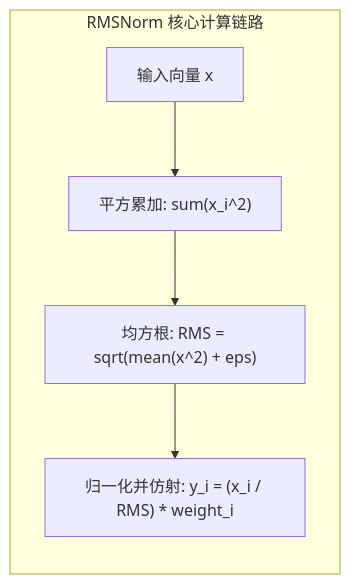
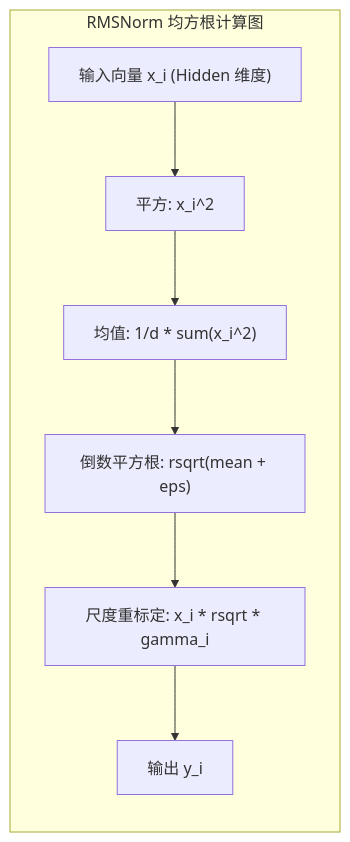
The first of 2 diagrams in cuda/lesson04_rmsnorm.qmd (hsthanb4/hpclearning), drawn with Mermaid before and after one commit. The commit also changed other lines of this file and 89 other files, not shown here.

Commit message:
style(docs): relocate images and diagrams adjacent to their textual references across all lessons

````diff
--- a/cuda/lesson04_rmsnorm.qmd
+++ b/cuda/lesson04_rmsnorm.qmd
@@ -30,9 +34,10 @@
 ```{mermaid}
 flowchart LR
-    subgraph RMSNormMath["RMSNorm 核心计算链路"]
-        direction TB
-        X["输入向量 x"] --> Square["平方累加: sum(x_i^2)"]
-        Square --> Mean["均方根: RMS = sqrt(mean(x^2) + eps)"]
-        Mean --> Scale["归一化并仿射: y_i = (x_i / RMS) * weight_i"]
+    subgraph RMSNorm_Math["RMSNorm 均方根计算图"]
+        X["输入向量 x_i (Hidden 维度)"] --> Sq["平方: x_i^2"]
+        Sq --> Mean["均值: 1/d * sum(x_i^2)"]
+        Mean --> Rsqrt["倒数平方根: rsqrt(mean + eps)"]
+        Rsqrt --> Mul["尺度重标定: x_i * rsqrt * gamma_i"]
+        Mul --> Y["输出 y_i"]
     end
 ```
````
